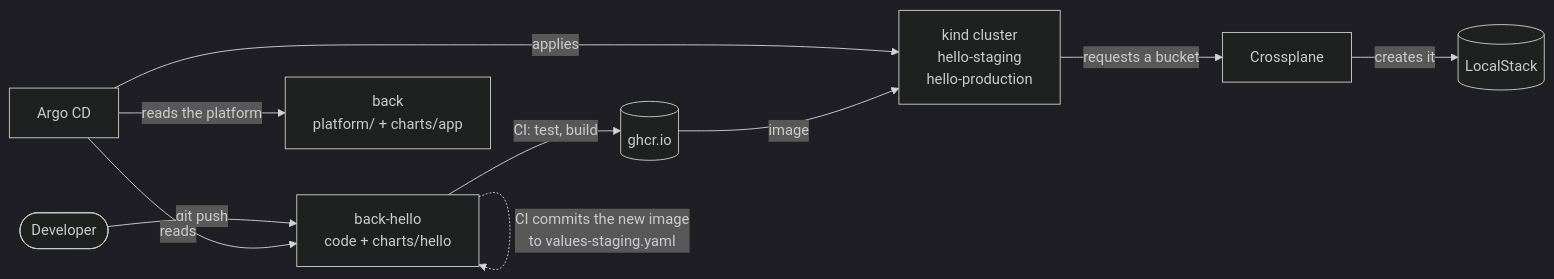
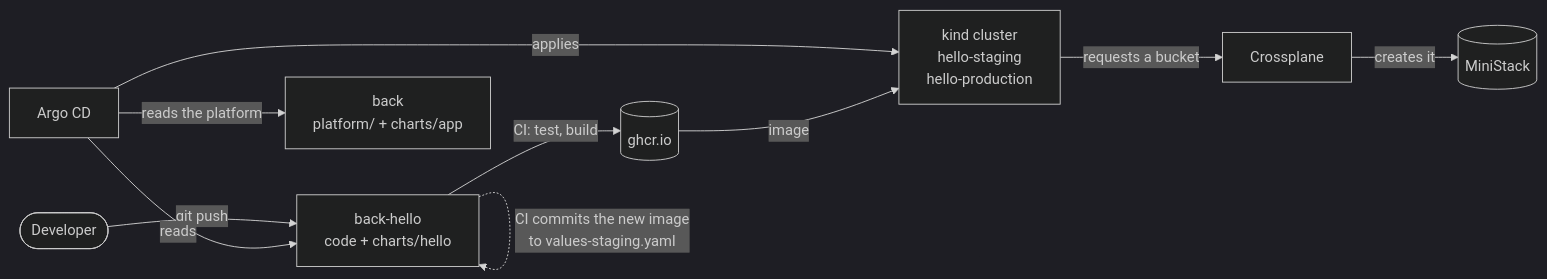
One commit to hvpaiva/back changed the diagram in README.md. Above: the diagram before and after it, drawn with Mermaid (dark theme). The commit also changed other lines of this file and 17 other files, not shown here.

First line of the commit message:
feat(cloud): run the lab's cloud account on MiniStack, named by role

````diff
--- a/README.md
+++ b/README.md
@@ -85,12 +85,12 @@
 ```mermaid
 flowchart LR
     dev([Developer]) -- git push --> hello["back-hello<br/>code + charts/hello"]
     hello -- "CI: test, build" --> ghcr[(ghcr.io)]
     hello -. "CI commits the new image<br/>to values-staging.yaml" .-> hello
     argocd[Argo CD] -- reads --> hello
     argocd -- "reads the platform" --> back["back<br/>platform/ + charts/app"]
     argocd -- applies --> cluster["kind cluster<br/>hello-staging<br/>hello-production"]
     ghcr -- "image" --> cluster
     cluster -- "requests a bucket" --> crossplane[Crossplane]
-    crossplane -- "creates it" --> localstack[(LocalStack)]
+    crossplane -- "creates it" --> cloud[(MiniStack)]
 ```
````
